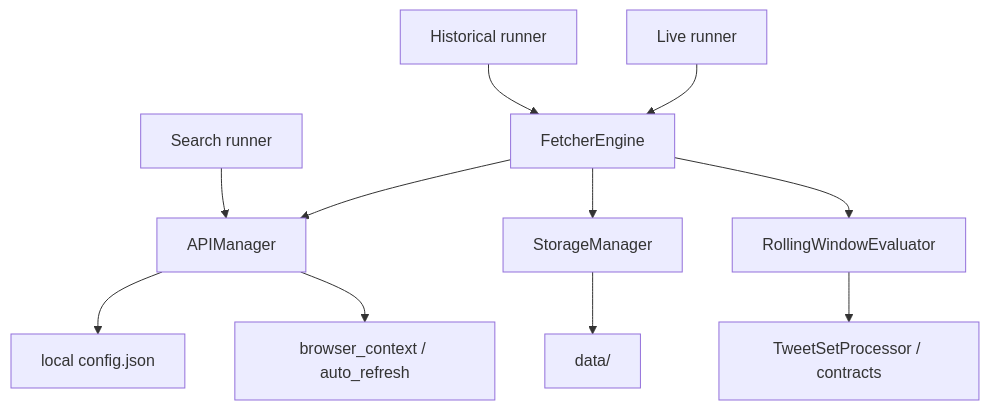
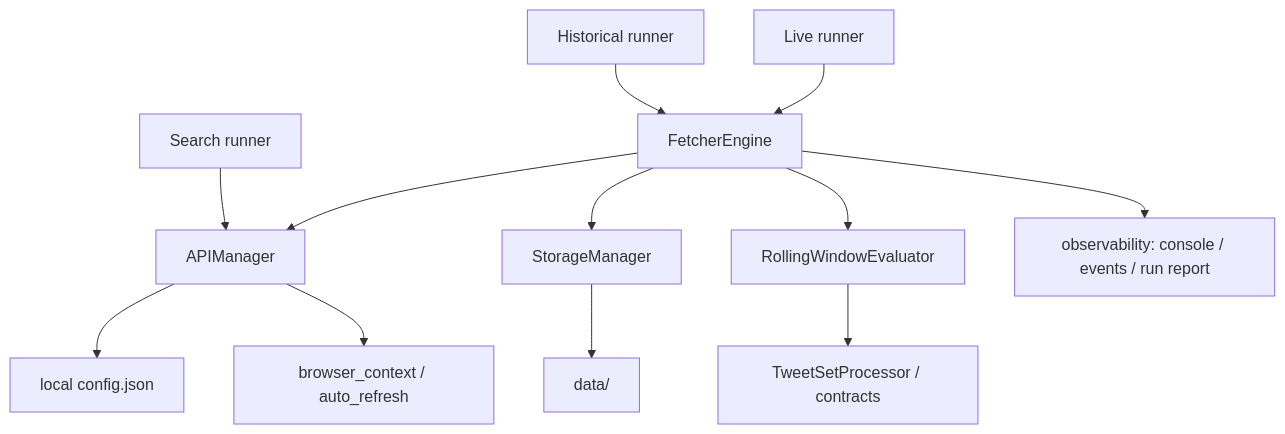
Before and after one commit to ParhamBeik/TWEETER_DATA_FETCHER: the diagram in AGENTS.md, drawn with Mermaid. The commit also changed other lines of this file and 1 other file, not shown here.

Commit message:
docs: sync README and AGENTS with observability, coverage tool, validation runs

````diff
--- a/AGENTS.md
+++ b/AGENTS.md
@@ -67,13 +72,14 @@
 ```mermaid
 flowchart TD
   HT["Historical runner"] --> FE["FetcherEngine"]
   LIVE["Live runner"] --> FE
   SEARCH["Search runner"] --> API["APIManager"]
   FE --> API
   FE --> SM["StorageManager"]
   FE --> RW["RollingWindowEvaluator"]
   RW --> TPU["TweetSetProcessor / contracts"]
+  FE --> OBS["observability: console / events / run report"]
   SM --> DATA["data/"]
   API --> CFG["local config.json"]
   API --> AUTH["browser_context / auto_refresh"]
 ```
````
